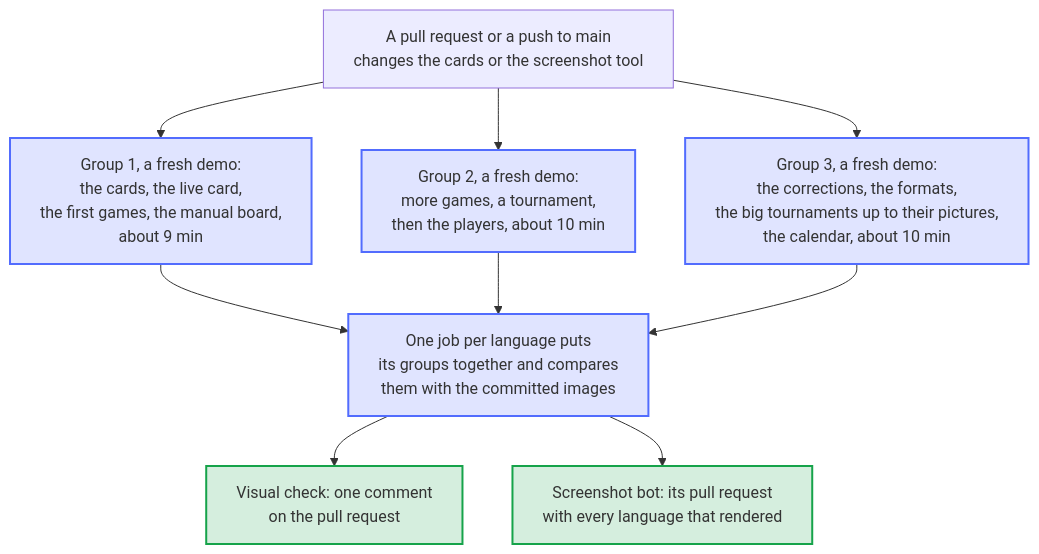
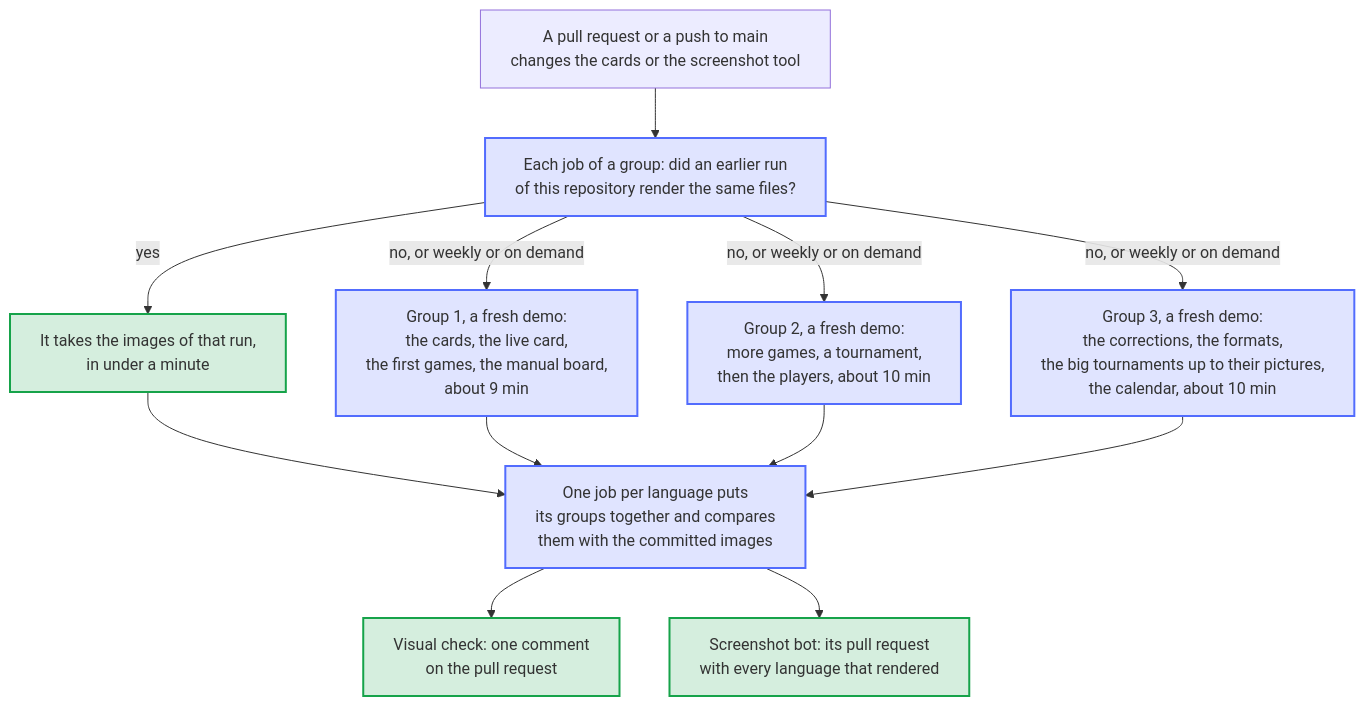
Before and after one commit to Dennis-Otto/homedarts-for-autodarts: the diagram in docs/diagrams/screenshot-groups.en.mmd, drawn with Mermaid. The commit also changed 20 other files, not shown here.

First line of the commit message:
perf(ci): render the documentation images once per input and let the screenshot bot reuse them (#500)

```diff
--- a/docs/diagrams/screenshot-groups.en.mmd
+++ b/docs/diagrams/screenshot-groups.en.mmd
@@ -1,21 +1,24 @@
 ---
 config:
   flowchart:
     wrappingWidth: 400
 ---
 flowchart TB
   accTitle: How the visual check and the screenshot bot render the images in groups
-  accDescr: Each language renders in three groups at once, each group on a runner of its own from a fresh demo. The cards, the first games and the dartboard without Autodarts make group 1, more games with the players group 2, the corrections of a dart, the formats, the big tournaments and the calendar group 3. Then one job per language puts the images of its three groups together and compares them with the committed images. The visual check writes the comparison into one comment on the pull request; the screenshot bot updates its pull request with every language that rendered.
+  accDescr: Each language renders in three groups at once, each group on a runner of its own. First each job of a group looks for an earlier run of the visual check or of the screenshot bot, on a branch of this repository, that rendered the same files; it takes the images of that run in under a minute. Otherwise it renders them from a fresh demo. The cards, the first games and the dartboard without Autodarts make group 1, more games with the players group 2, the corrections of a dart, the formats, the big tournaments and the calendar group 3. Then one job per language puts the images of its three groups together and compares them with the committed images. The visual check writes the comparison into one comment on the pull request; the screenshot bot updates its pull request with every language that rendered.
 
-  START["A pull request or a push to main<br/>changes the cards or the screenshot tool"] --> G1 & G2 & G3
+  START["A pull request or a push to main<br/>changes the cards or the screenshot tool"] --> KEY
+  KEY["Each job of a group: did an earlier run<br/>of this repository render the same files?"]
+  KEY -->|"yes"| TAKE["It takes the images of that run,<br/>in under a minute"]
+  KEY -->|"no, or weekly or on demand"| G1 & G2 & G3
   G1["Group 1, a fresh demo:<br/>the cards, the live card,<br/>the first games, the manual board,<br/>about 9 min"]
   G2["Group 2, a fresh demo:<br/>more games, a tournament,<br/>then the players, about 10 min"]
   G3["Group 3, a fresh demo:<br/>the corrections, the formats,<br/>the big tournaments up to their pictures,<br/>the calendar, about 10 min"]
-  G1 & G2 & G3 --> COLLECT["One job per language puts<br/>its groups together and compares<br/>them with the committed images"]
+  TAKE & G1 & G2 & G3 --> COLLECT["One job per language puts<br/>its groups together and compares<br/>them with the committed images"]
   COLLECT --> COMMENT["Visual check: one comment<br/>on the pull request"]
   COLLECT --> BOT["Screenshot bot: its pull request<br/>with every language that rendered"]
 
   classDef bot fill:#526cfe2e,stroke:#526cfe,stroke-width:2px
   classDef done fill:#16a34a2e,stroke:#16a34a,stroke-width:2px
-  class G1,G2,G3,COLLECT bot
-  class COMMENT,BOT done
+  class KEY,G1,G2,G3,COLLECT bot
+  class TAKE,COMMENT,BOT done
```
